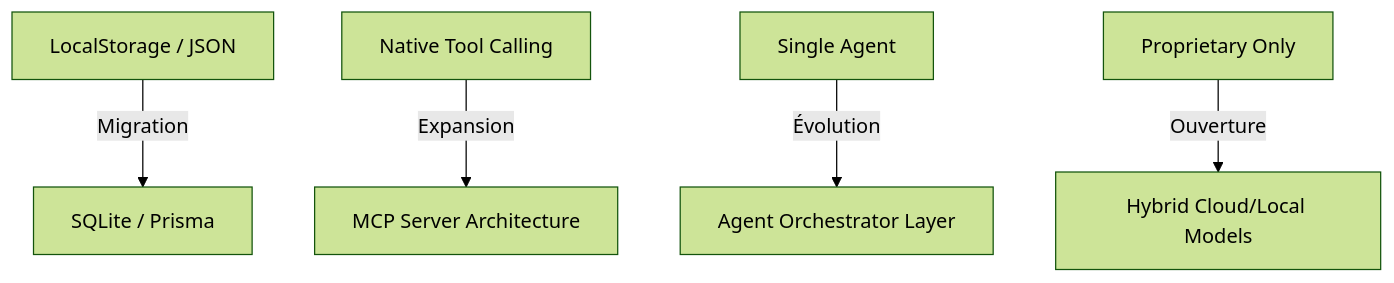
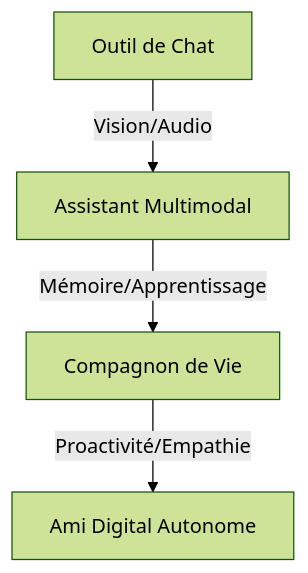
The diagram in ROADMAP.md (moonback/NeuroChat-2026), drawn with Mermaid (forest theme) before and after one commit. The commit also changed other lines of this file and 2 other files, not shown here.

Commit message:
feat: implement life-ritual system prompting and roadmap update to focus on lifestyle companionship

````diff
--- a/ROADMAP.md
+++ b/ROADMAP.md
@@ -59,7 +57,6 @@
 ```mermaid
 graph TD
-    A[LocalStorage / JSON] -->|Migration| B[SQLite / Prisma]
-    C[Native Tool Calling] -->|Expansion| D[MCP Server Architecture]
-    E[Single Agent] -->|Évolution| F[Agent Orchestrator Layer]
-    G[Proprietary Only] -->|Ouverture| H[Hybrid Cloud/Local Models]
+    A[Outil de Chat] -->|Vision/Audio| B[Assistant Multimodal]
+    B -->|Mémoire/Apprentissage| C[Compagnon de Vie]
+    C -->|Proactivité/Empathie| D[Ami Digital Autonome]
 ```
````
